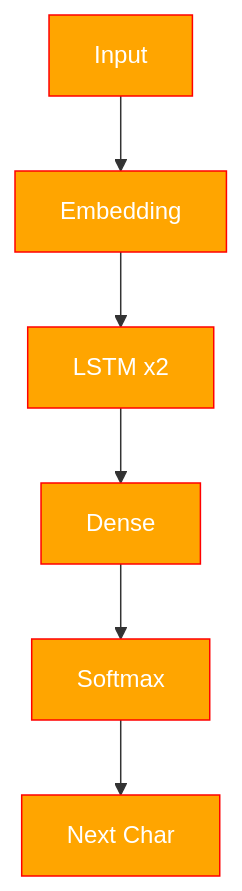
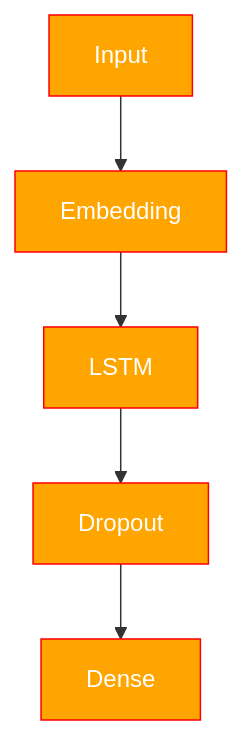
One commit to metriiics/CharSeqGen changed the diagram in README.md. Above: the diagram before and after it, drawn with Mermaid. The commit also changed other lines of this file and 1 other file, not shown here.

````diff
--- a/README.md
+++ b/README.md
@@ -10,17 +23,15 @@
 ```mermaid
 flowchart TD
 
     A[Input]
     --> B[Embedding]
-    --> C[LSTM x2]
-    --> D[Dense]
-    --> E[Softmax]
-    --> F[Next Char]
+    --> C[LSTM]
+    --> D[Dropout]
+    --> E[Dense]
 
     style A fill:orange,color:#fff,stroke:red
     style B fill:orange,color:#fff,stroke:red
     style C fill:orange,color:#fff,stroke:red
     style D fill:orange,color:#fff,stroke:red
     style E fill:orange,color:#fff,stroke:red
-    style F fill:orange,color:#fff,stroke:red
 ```
````
